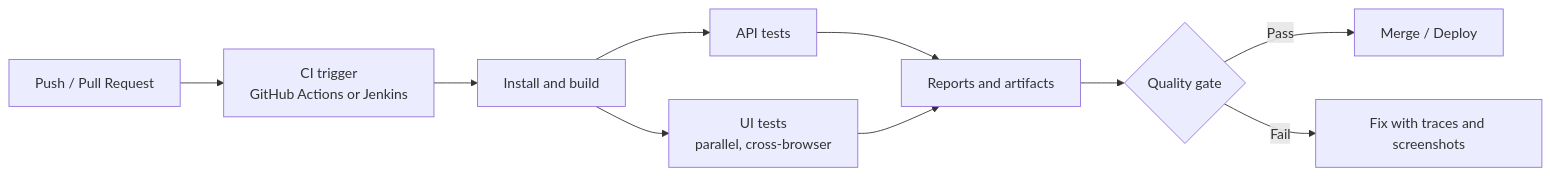
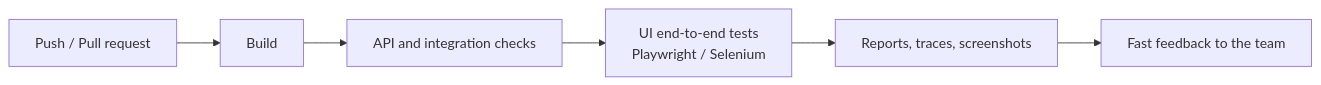
Before and after one commit to richasharma-testcraft/richasharma-testcraft: the diagram in README.md, drawn with Mermaid. The commit also changed other lines of this file, not shown here.

````diff
--- a/README.md
+++ b/README.md
@@ -60,12 +31,8 @@
 ```mermaid
 flowchart LR
-    A[Push / Pull Request] --> B[CI trigger<br/>GitHub Actions or Jenkins]
-    B --> C[Install and build]
-    C --> D[API tests]
-    C --> E[UI tests<br/>parallel, cross-browser]
-    D --> F[Reports and artifacts]
-    E --> F
-    F --> G{Quality gate}
-    G -->|Pass| H[Merge / Deploy]
-    G -->|Fail| I[Fix with traces and screenshots]
+    A["Push / Pull request"] --> B["Build"]
+    B --> C["API and integration checks"]
+    C --> D["UI end-to-end tests<br/>Playwright / Selenium"]
+    D --> E["Reports, traces, screenshots"]
+    E --> F["Fast feedback to the team"]
 ```
````
